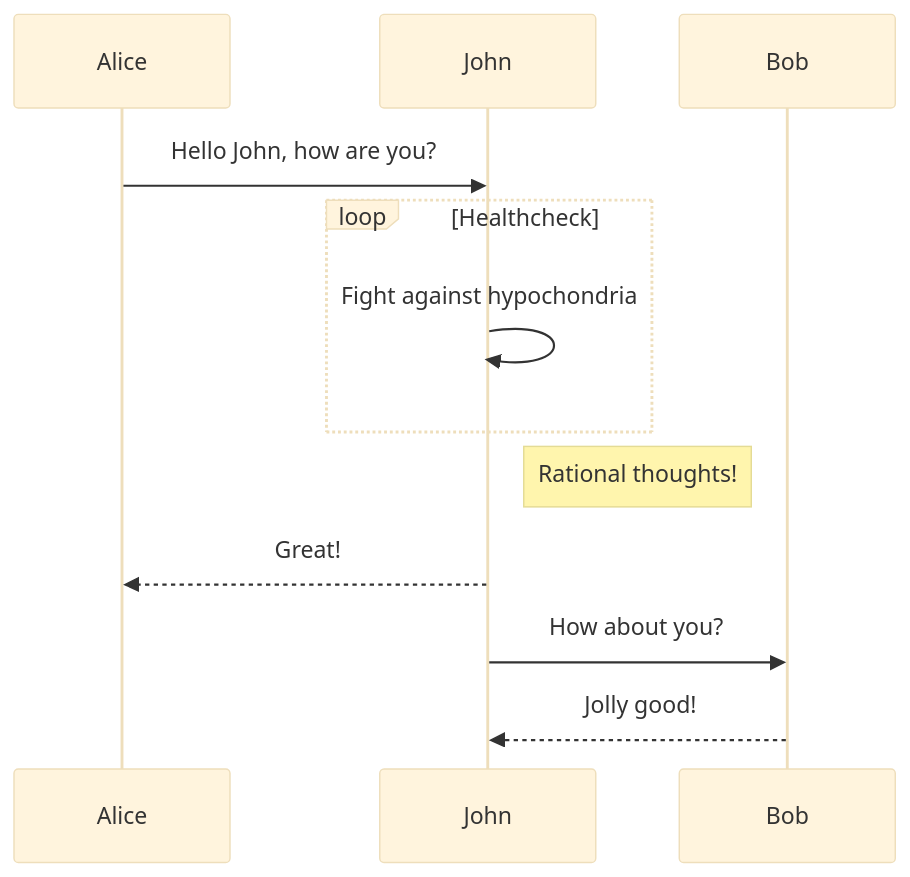
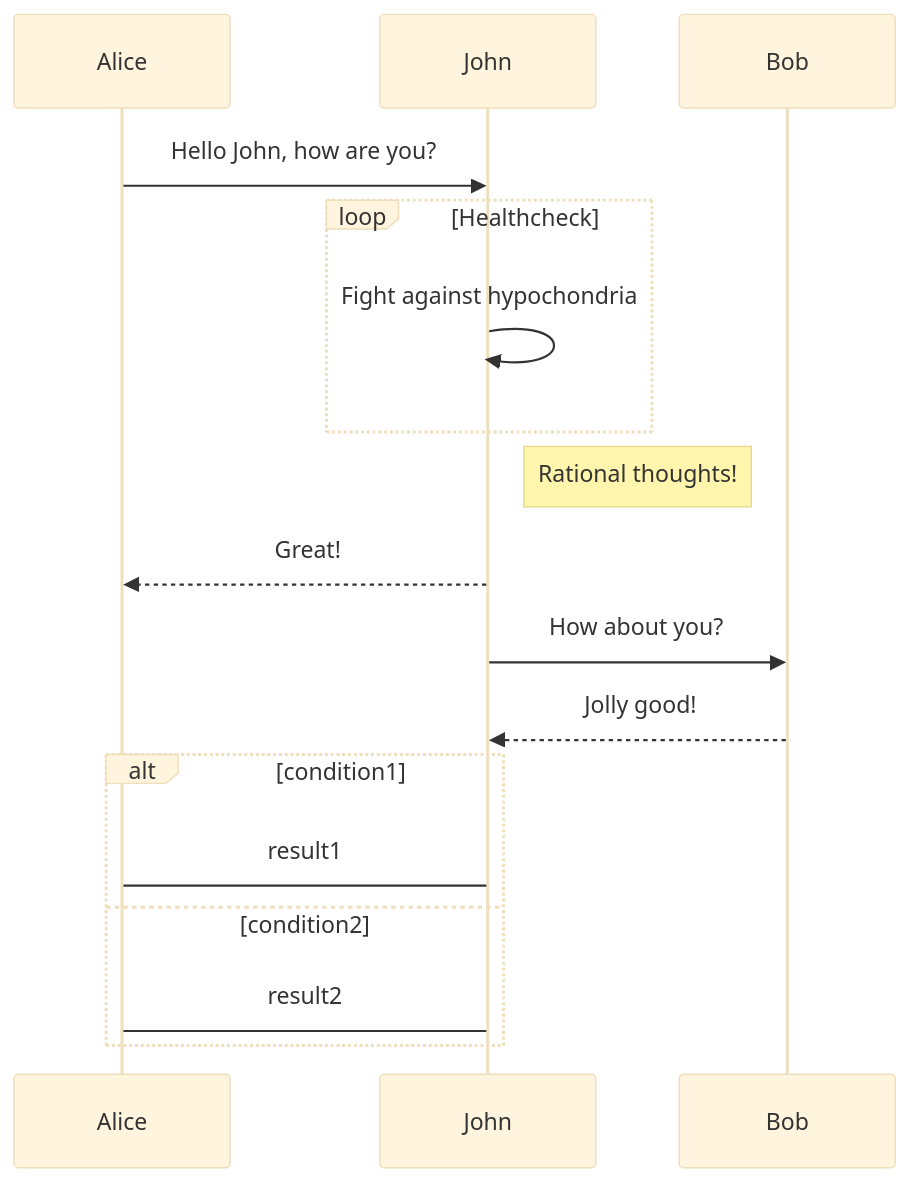
One commit to mengzeyuan/Markdown changed the first of 3 diagrams in test.md. Above: the diagram before and after it, drawn with Mermaid (base theme). The commit also changed other lines of this file, not shown here.

````diff
--- a/test.md
+++ b/test.md
@@ -42,12 +51,17 @@
 ```mermaid
 sequenceDiagram
 
 Alice->>John: Hello John, how are you?
 loop Healthcheck
 John->>John: Fight against hypochondria
 end
 Note right of John: Rational thoughts!
 John-->>Alice: Great!
 John->>Bob : How about you?
 Bob-->>John : Jolly good!
+alt condition1
+Alice->John: result1
+else condition2
+Alice->John: result2
+end
 ```
````
